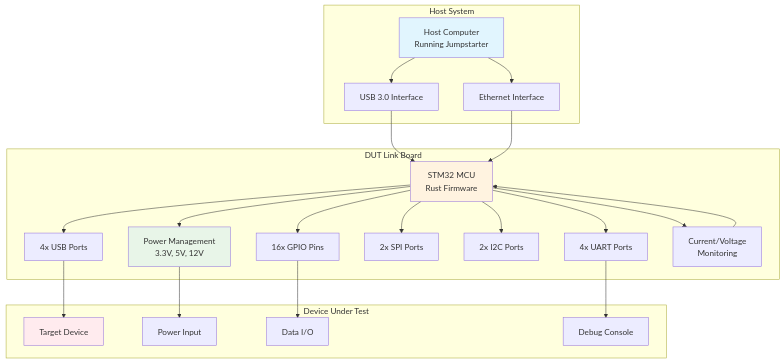
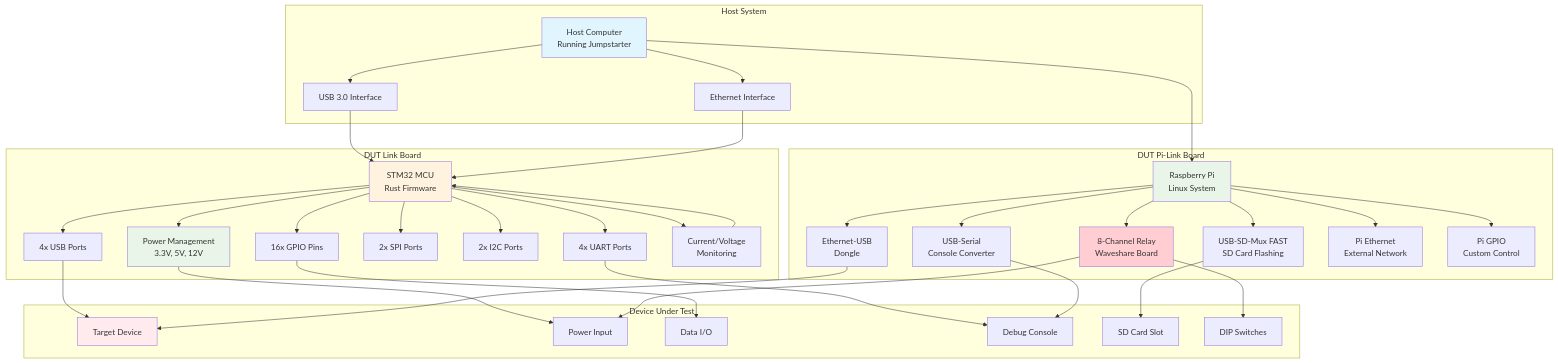
The first of 4 diagrams in docs/hardware/index.md (the78mole/jumpstarter-mono), drawn with Mermaid before and after one commit. The commit also changed other lines of this file and 1 other file, not shown here.

Commit message:
Update architecture and hardware documentation with exporter, router, and DUT Pi-Link Board

````diff
--- a/docs/hardware/index.md
+++ b/docs/hardware/index.md
@@ -7,51 +7,79 @@
 ```mermaid
 graph TB
     subgraph "Host System"
         HOST[Host Computer<br/>Running Jumpstarter]
         USB[USB 3.0 Interface]
         ETH[Ethernet Interface]
     end
     
     subgraph "DUT Link Board"
         MCU[STM32 MCU<br/>Rust Firmware]
         POWER[Power Management<br/>3.3V, 5V, 12V]
         GPIO[16x GPIO Pins]
         UART[4x UART Ports]
         SPI[2x SPI Ports]
         I2C[2x I2C Ports]
         USB_PORTS[4x USB Ports]
         MONITOR[Current/Voltage<br/>Monitoring]
     end
     
+    subgraph "DUT Pi-Link Board"
+        PI[Raspberry Pi<br/>Linux System]
+        RELAY[8-Channel Relay<br/>Waveshare Board]
+        SDMUX[USB-SD-Mux FAST<br/>SD Card Flashing]
+        SERIAL[USB-Serial<br/>Console Converter]
+        ETH_USB[Ethernet-USB<br/>Dongle]
+        PI_ETH[Pi Ethernet<br/>External Network]
+        PI_GPIO[Pi GPIO<br/>Custom Control]
+    end
+    
     subgraph "Device Under Test"
         DUT[Target Device]
         POWER_IN[Power Input]
         DATA_IO[Data I/O]
         CONSOLE[Debug Console]
+        SD_SLOT[SD Card Slot]
+        DIP_SW[DIP Switches]
     end
     
     HOST --> USB
     HOST --> ETH
     USB --> MCU
     ETH --> MCU
     
     MCU --> POWER
     MCU --> GPIO
     MCU --> UART
     MCU --> SPI
     MCU --> I2C
     MCU --> USB_PORTS
     MCU --> MONITOR
     
+    HOST --> PI
+    PI --> RELAY
+    PI --> SDMUX
+    PI --> SERIAL
+    PI --> ETH_USB
+    PI --> PI_ETH
+    PI --> PI_GPIO
+    
     POWER --> POWER_IN
     GPIO --> DATA_IO
     UART --> CONSOLE
     USB_PORTS --> DUT
     
+    RELAY --> POWER_IN
+    RELAY --> DIP_SW
+    SDMUX --> SD_SLOT
+    SERIAL --> CONSOLE
+    ETH_USB --> DUT
+    
     MONITOR --> MCU
     
     style HOST fill:#e1f5fe
     style MCU fill:#fff3e0
+    style PI fill:#e8f5e8
     style DUT fill:#ffebee
     style POWER fill:#e8f5e8
+    style RELAY fill:#ffcdd2
 ```
````
